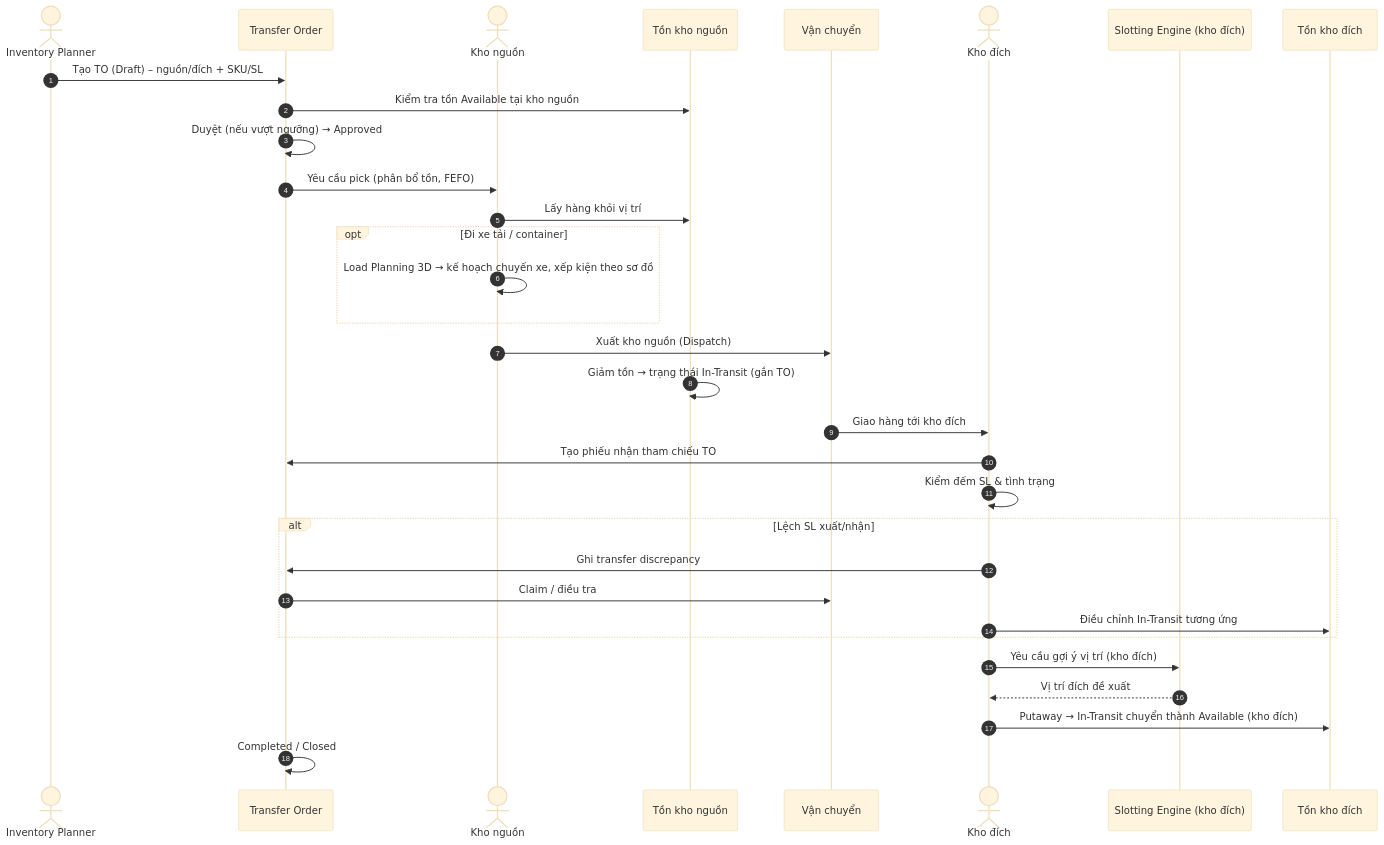
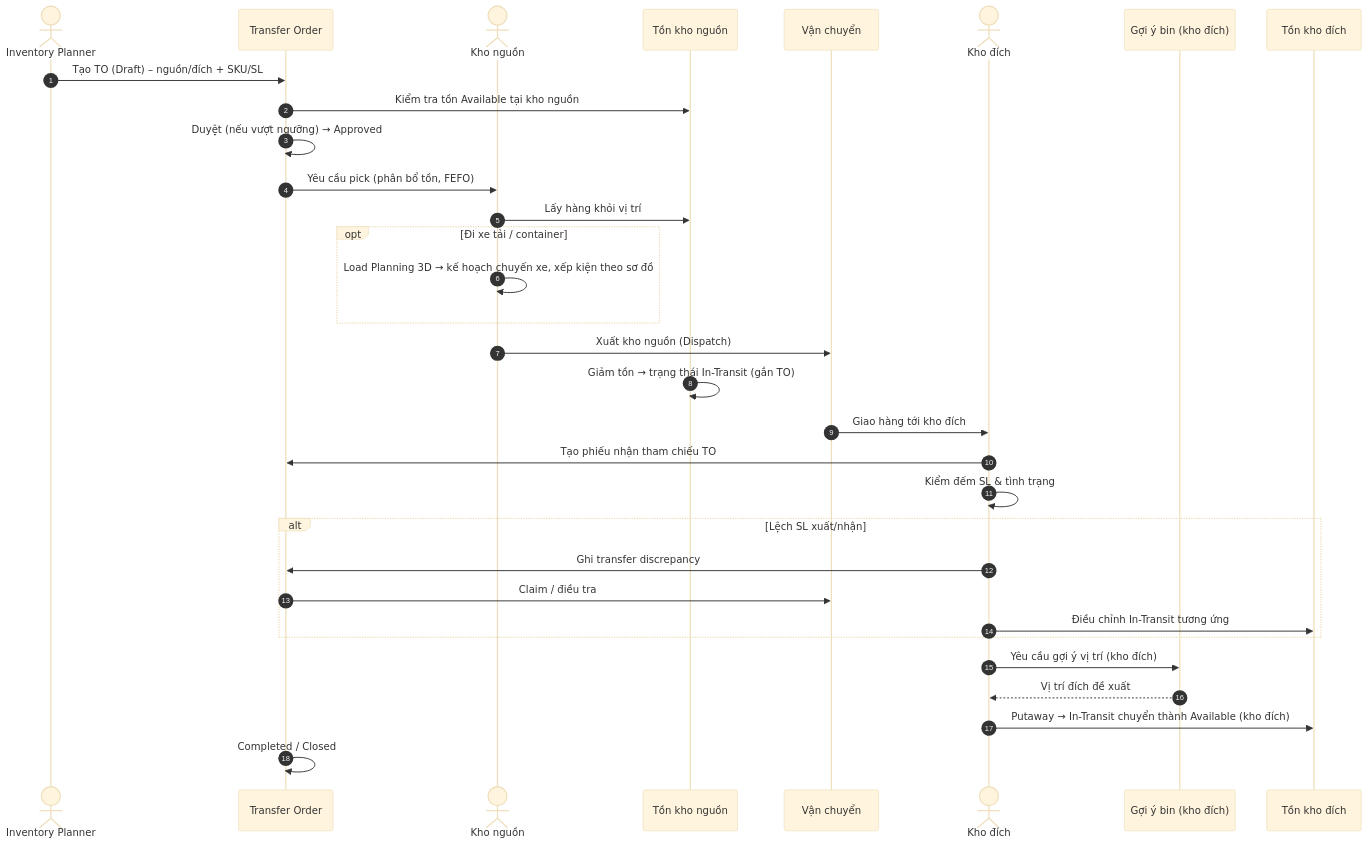
One commit to KLTN-FA26/docs changed the eighth of 12 diagrams in docs/diagrams/README.md. Above: the diagram before and after it, drawn with Mermaid (base theme). The commit also changed other lines of this file and 5 other files, not shown here.

````diff
--- a/docs/diagrams/README.md
+++ b/docs/diagrams/README.md
@@ -368,35 +368,35 @@
 ```mermaid
 sequenceDiagram
     autonumber
     actor PLAN as Inventory Planner
     participant TO as Transfer Order
     actor SRC as Kho nguồn
     participant INV_SRC as Tồn kho nguồn
     participant TRANS as Vận chuyển
     actor DST as Kho đích
-    participant SLOT as Slotting Engine (kho đích)
+    participant SLOT as Gợi ý bin (kho đích)
     participant INV_DST as Tồn kho đích
 
     PLAN->>TO: Tạo TO (Draft) – nguồn/đích + SKU/SL
     TO->>INV_SRC: Kiểm tra tồn Available tại kho nguồn
     TO->>TO: Duyệt (nếu vượt ngưỡng) → Approved
     TO->>SRC: Yêu cầu pick (phân bổ tồn, FEFO)
     SRC->>INV_SRC: Lấy hàng khỏi vị trí
     opt Đi xe tải / container
         SRC->>SRC: Load Planning 3D → kế hoạch chuyến xe, xếp kiện theo sơ đồ
     end
     SRC->>TRANS: Xuất kho nguồn (Dispatch)
     INV_SRC->>INV_SRC: Giảm tồn → trạng thái In-Transit (gắn TO)
     TRANS->>DST: Giao hàng tới kho đích
     DST->>TO: Tạo phiếu nhận tham chiếu TO
     DST->>DST: Kiểm đếm SL & tình trạng
     alt Lệch SL xuất/nhận
         DST->>TO: Ghi transfer discrepancy
         TO->>TRANS: Claim / điều tra
         DST->>INV_DST: Điều chỉnh In-Transit tương ứng
     end
     DST->>SLOT: Yêu cầu gợi ý vị trí (kho đích)
     SLOT-->>DST: Vị trí đích đề xuất
     DST->>INV_DST: Putaway → In-Transit chuyển thành Available (kho đích)
     TO->>TO: Completed / Closed
 ```
````
